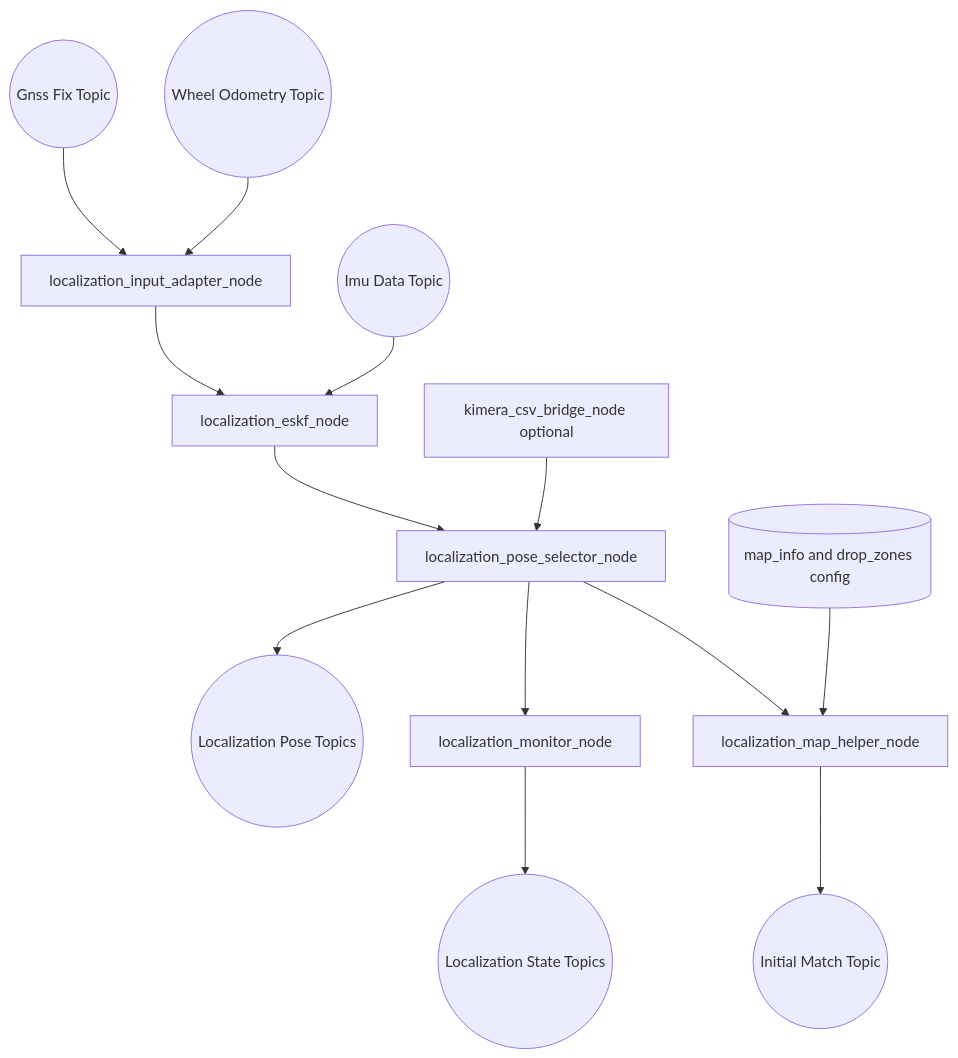
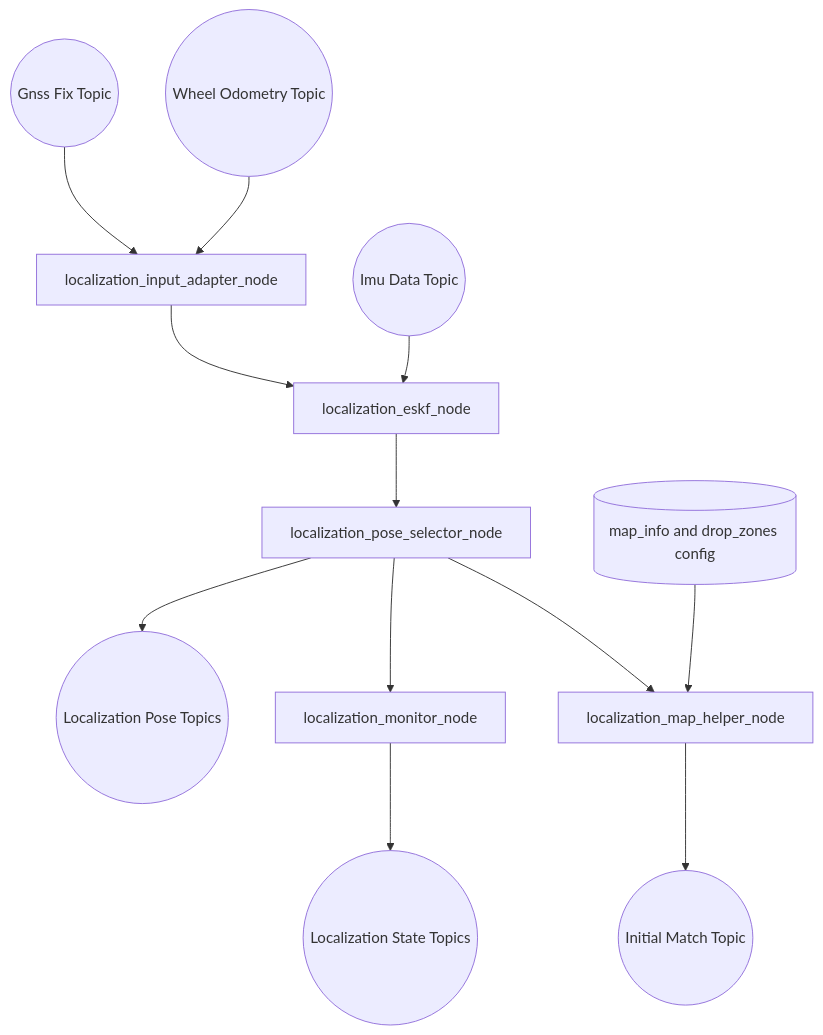
Before and after one commit to hwanhonglee/CAMROD: the first of 2 diagrams in camrod_localization/README.md, drawn with Mermaid. The commit also changed other lines of this file and 367 other files, not shown here.

First line of the commit message:
Release v1.7: cost grid architecture, namespace camrod, param _s normalization

````diff
--- a/camrod_localization/README.md
+++ b/camrod_localization/README.md
@@ -7,18 +7,17 @@
 ```mermaid
 graph TD
   GNSS((Gnss Fix Topic)) --> ADAPT[localization_input_adapter_node]
   WHEEL((Wheel Odometry Topic)) --> ADAPT
   ADAPT --> ESKF[localization_eskf_node]
   IMU((Imu Data Topic)) --> ESKF
 
   ESKF --> SELECT[localization_pose_selector_node]
-  KIMERA[kimera_csv_bridge_node optional] --> SELECT
   SELECT --> POSE((Localization Pose Topics))
 
   SELECT --> MON[localization_monitor_node]
   MON --> MODE((Localization State Topics))
 
   SELECT --> HELPER[localization_map_helper_node]
   MAPREF[(map_info and drop_zones config)] --> HELPER
   HELPER --> READY((Initial Match Topic))
 ```
````
